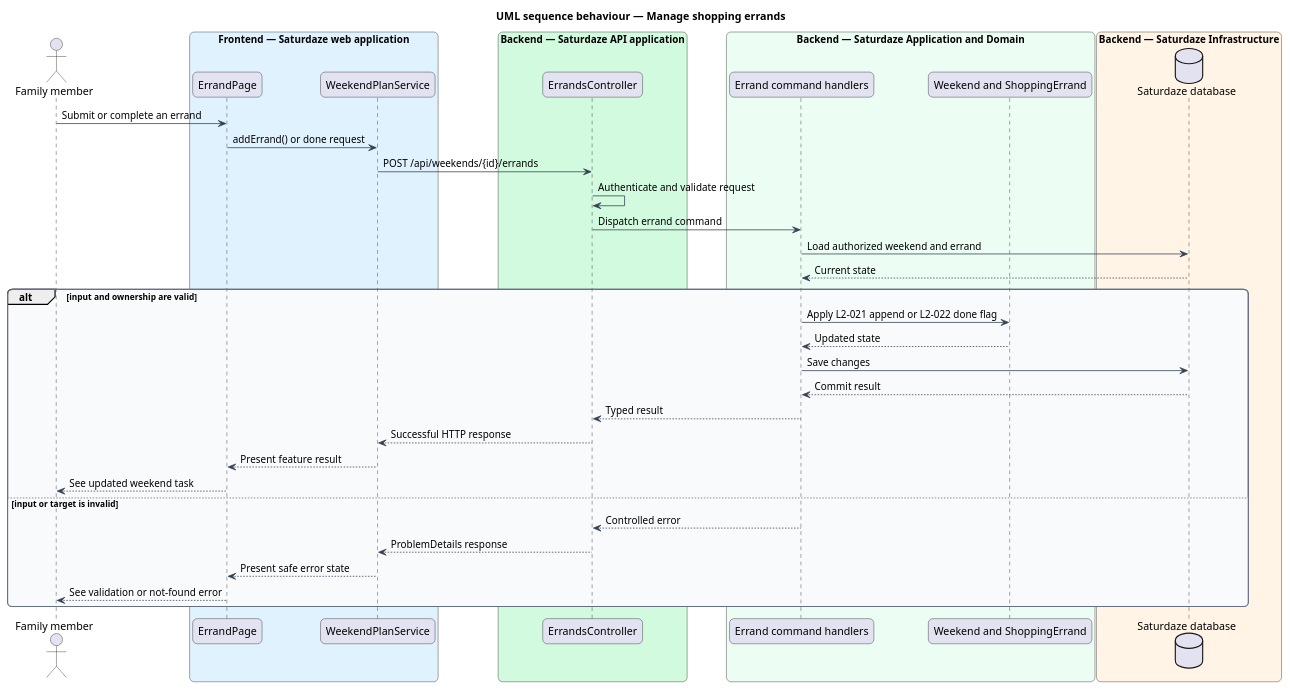
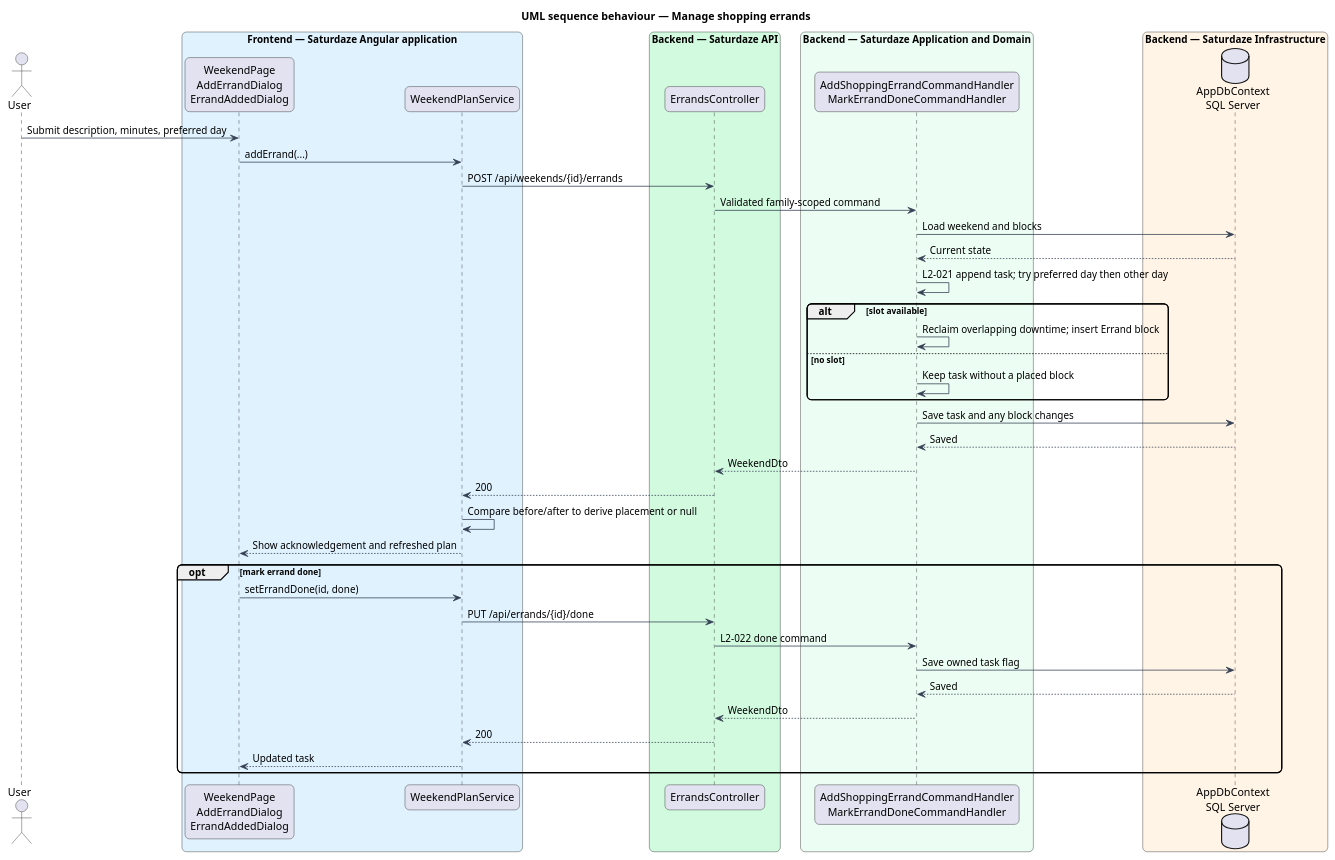
The diagram in docs/detailed-designs/weekend-planning/manage-shopping-errands/diagrams/sequence-errands.puml (QuinntyneBrown/saturdaze), drawn with PlantUML before and after one commit. The commit also changed 208 other files, not shown here.

```diff
--- a/docs/detailed-designs/weekend-planning/manage-shopping-errands/diagrams/sequence-errands.puml
+++ b/docs/detailed-designs/weekend-planning/manage-shopping-errands/diagrams/sequence-errands.puml
@@ -1,54 +1,50 @@
 @startuml
 title UML sequence behaviour — Manage shopping errands
 skinparam backgroundColor #FFFFFF
 skinparam shadowing false
 skinparam roundcorner 12
 skinparam defaultFontName Arial
 skinparam ArrowColor #344054
-skinparam rectangle {
-  BorderColor #344054
-  FontColor #101828
-}
-skinparam package {
-  BorderColor #667085
-  FontColor #101828
-  BackgroundColor #F9FAFB
-}
-actor "Family member" as actor
-box "Frontend — Saturdaze web application" #E0F2FE
-  participant "ErrandPage" as page
-  participant "WeekendPlanService" as client
+actor "User" as actor
+box "Frontend — Saturdaze Angular application" #E0F2FE
+ participant "WeekendPage\nAddErrandDialog\nErrandAddedDialog" as page
+ participant "WeekendPlanService" as client
 end box
-box "Backend — Saturdaze API application" #D1FADF
-  participant "ErrandsController" as controller
+box "Backend — Saturdaze API" #D1FADF
+ participant "ErrandsController" as controller
 end box
 box "Backend — Saturdaze Application and Domain" #ECFDF3
-  participant "Errand command handlers" as handler
-  participant "Weekend and ShoppingErrand" as entity
+ participant "AddShoppingErrandCommandHandler\nMarkErrandDoneCommandHandler" as handler
 end box
 box "Backend — Saturdaze Infrastructure" #FFF4E5
-  database "Saturdaze database" as db
+ database "AppDbContext\nSQL Server" as db
 end box
-actor -> page : Submit or complete an errand
-page -> client : addErrand() or done request
+actor -> page : Submit description, minutes, preferred day
+page -> client : addErrand(...)
 client -> controller : POST /api/weekends/{id}/errands
-controller -> controller : Authenticate and validate request
-controller -> handler : Dispatch errand command
-handler -> db : Load authorized weekend and errand
+controller -> handler : Validated family-scoped command
+handler -> db : Load weekend and blocks
 db --> handler : Current state
-alt input and ownership are valid
-  handler -> entity : Apply L2-021 append or L2-022 done flag
-  entity --> handler : Updated state
-  handler -> db : Save changes
-  db --> handler : Commit result
-  handler --> controller : Typed result
-  controller --> client : Successful HTTP response
-  client --> page : Present feature result
-  page --> actor : See updated weekend task
-else input or target is invalid
-  handler --> controller : Controlled error
-  controller --> client : ProblemDetails response
-  client --> page : Present safe error state
-  page --> actor : See validation or not-found error
+handler -> handler : L2-021 append task; try preferred day then other day
+alt slot available
+handler -> handler : Reclaim overlapping downtime; insert Errand block
+else no slot
+handler -> handler : Keep task without a placed block
+end
+handler -> db : Save task and any block changes
+db --> handler : Saved
+handler --> controller : WeekendDto
+controller --> client : 200
+client -> client : Compare before/after to derive placement or null
+client --> page : Show acknowledgement and refreshed plan
+opt mark errand done
+page -> client : setErrandDone(id, done)
+client -> controller : PUT /api/errands/{id}/done
+controller -> handler : L2-022 done command
+handler -> db : Save owned task flag
+db --> handler : Saved
+handler --> controller : WeekendDto
+controller --> client : 200
+client --> page : Updated task
 end
 @enduml
```
